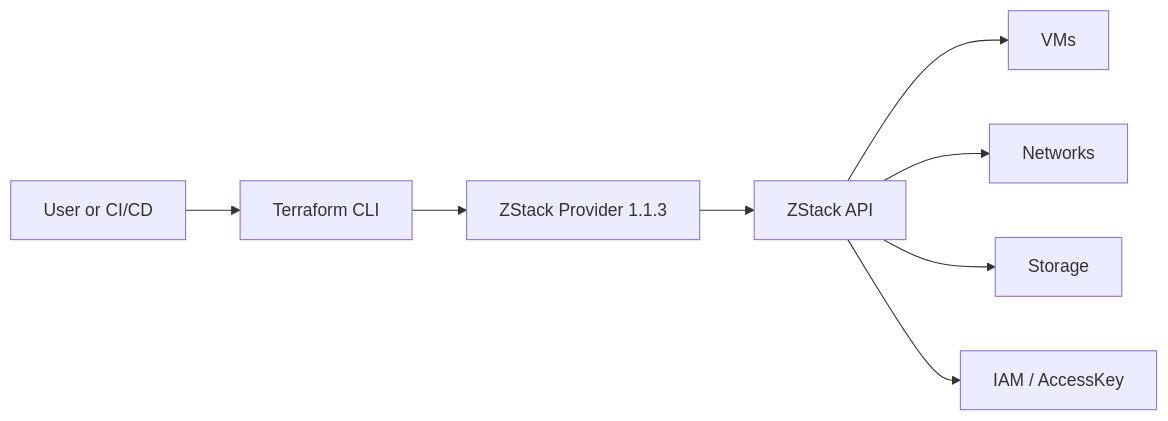
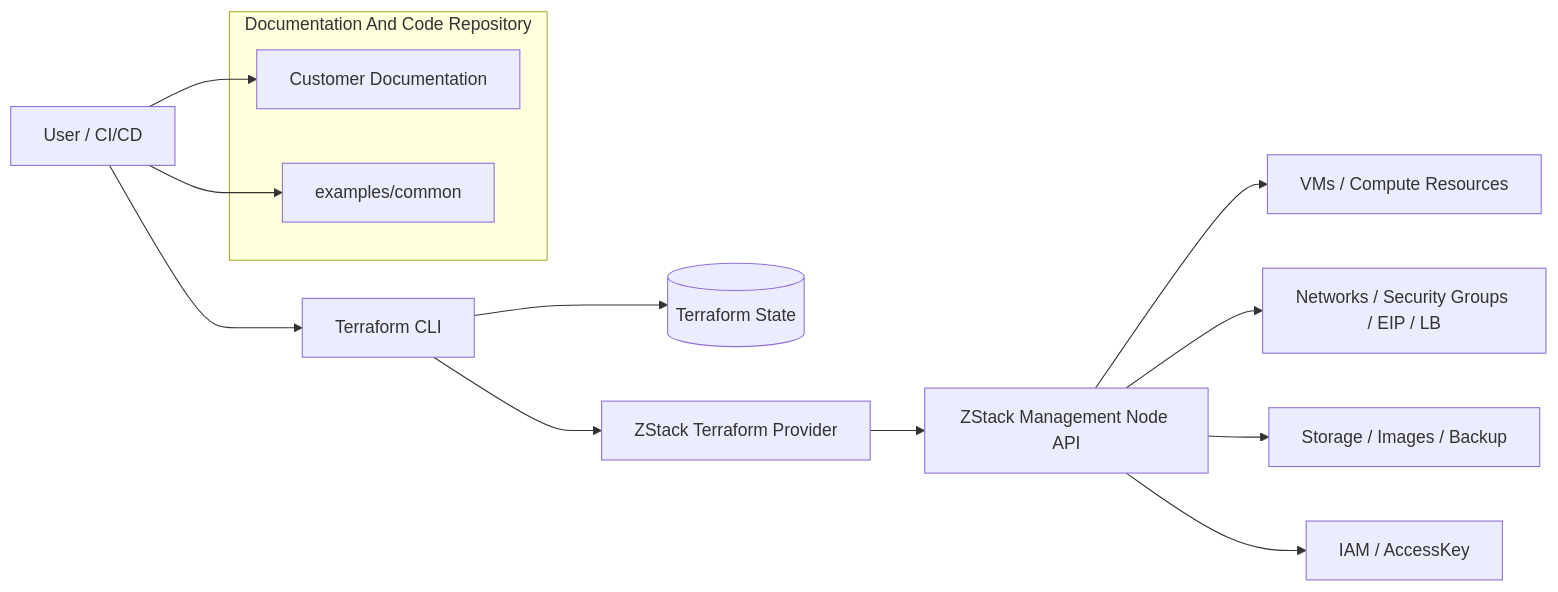
One commit to terraform-zstack-modules/terraform-provider-zstack-docs changed the first of 6 diagrams in docs/en/diagrams/index.md. Above: the diagram before and after it, drawn with Mermaid. The commit also changed other lines of this file and 19 other files, not shown here.

````diff
--- a/docs/en/diagrams/index.md
+++ b/docs/en/diagrams/index.md
@@ -9,10 +12,19 @@
 ```mermaid
 flowchart LR
-  user[User or CI/CD] --> terraform[Terraform CLI]
-  terraform --> provider[ZStack Provider 1.1.3]
-  provider --> api[ZStack API]
-  api --> compute[VMs]
-  api --> network[Networks]
-  api --> storage[Storage]
+  user[User / CI/CD] --> cli[Terraform CLI]
+  cli --> state[(Terraform State)]
+  cli --> provider[ZStack Terraform Provider]
+  provider --> api[ZStack Management Node API]
+  api --> compute[VMs / Compute Resources]
+  api --> network[Networks / Security Groups / EIP / LB]
+  api --> storage[Storage / Images / Backup]
   api --> iam[IAM / AccessKey]
+
+  subgraph repo[Documentation And Code Repository]
+    docs[Customer Documentation]
+    examples[examples/common]
+  end
+
+  user --> docs
+  user --> examples
 ```
````
